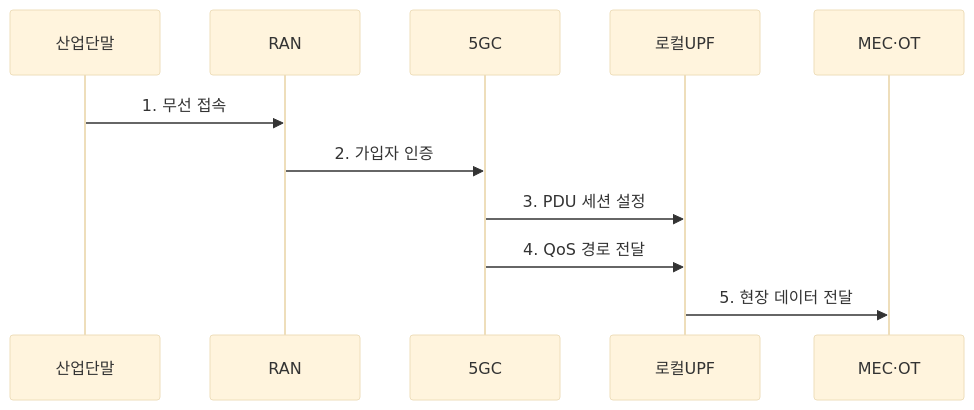
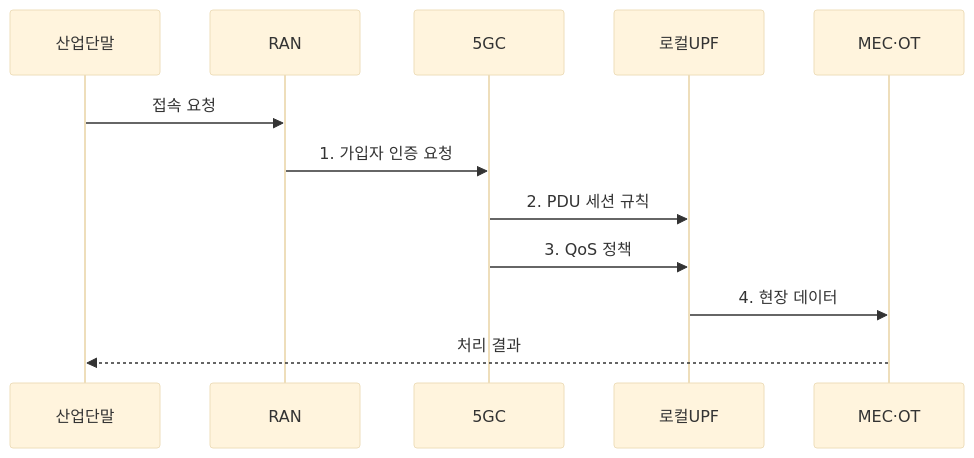
Before and after one commit to agnusdei1207/knowledge-base: the second of 2 diagrams in src/content/docs/notes/04-network/041_private_5g_local_5g.md, drawn with Mermaid (base theme). The commit also changed other lines of this file and 20 other files, not shown here.

````diff
--- a/src/content/docs/notes/04-network/041_private_5g_local_5g.md
+++ b/src/content/docs/notes/04-network/041_private_5g_local_5g.md
@@ -84,13 +89,14 @@
 ```mermaid
 sequenceDiagram
     participant 산업단말
     participant RAN
     participant 5GC
     participant 로컬UPF
     participant MEC·OT
-    산업단말->>RAN: 1. 무선 접속
-    RAN->>5GC: 2. 가입자 인증
-    5GC->>로컬UPF: 3. PDU 세션 설정
-    5GC->>로컬UPF: 4. QoS 경로 전달
-    로컬UPF->>MEC·OT: 5. 현장 데이터 전달
+    산업단말->>RAN: 접속 요청
+    RAN->>5GC: 1. 가입자 인증 요청
+    5GC->>로컬UPF: 2. PDU 세션 규칙
+    5GC->>로컬UPF: 3. QoS 정책
+    로컬UPF->>MEC·OT: 4. 현장 데이터
+    MEC·OT-->>산업단말: 처리 결과
 ```
````
